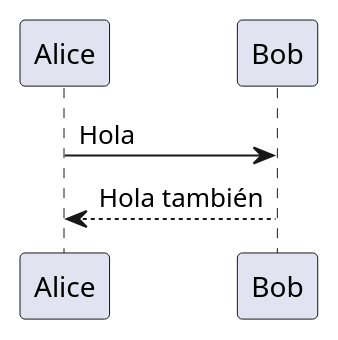
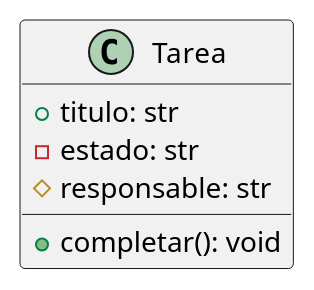
One commit to igijon/poo-web changed the third of 3 diagrams in unidades/ud1/index.qmd. Above: the diagram before and after it, drawn with PlantUML. The commit also changed other lines of this file and 17 other files, not shown here.

Commit message:
Sección UML completa

````diff
--- a/unidades/ud1/index.qmd
+++ b/unidades/ud1/index.qmd
@@ -841,6 +915,13 @@
 ```{.plantuml}
 @startuml
-Alice -> Bob: Hola
-Bob --> Alice: Hola también
+
+class Tarea {
+    + titulo: str
+    - estado: str
+    # responsable: str
+
+    + completar(): void
+}
+
 @enduml
 ```
````
